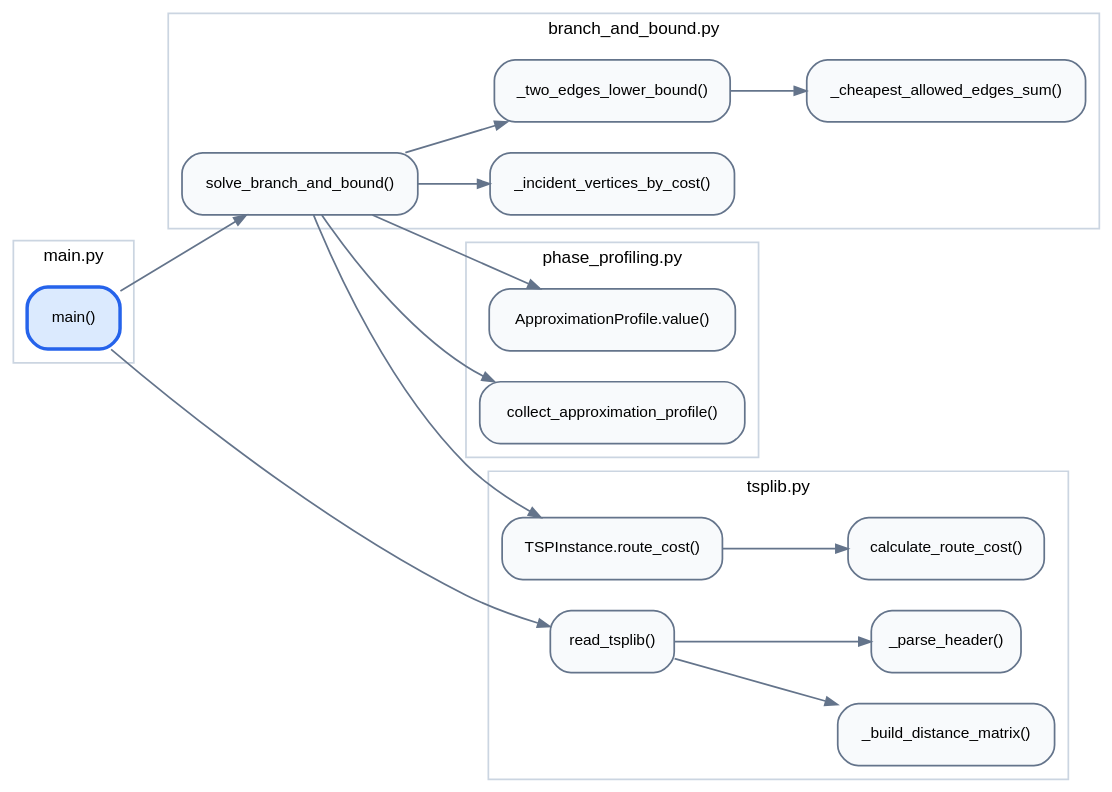
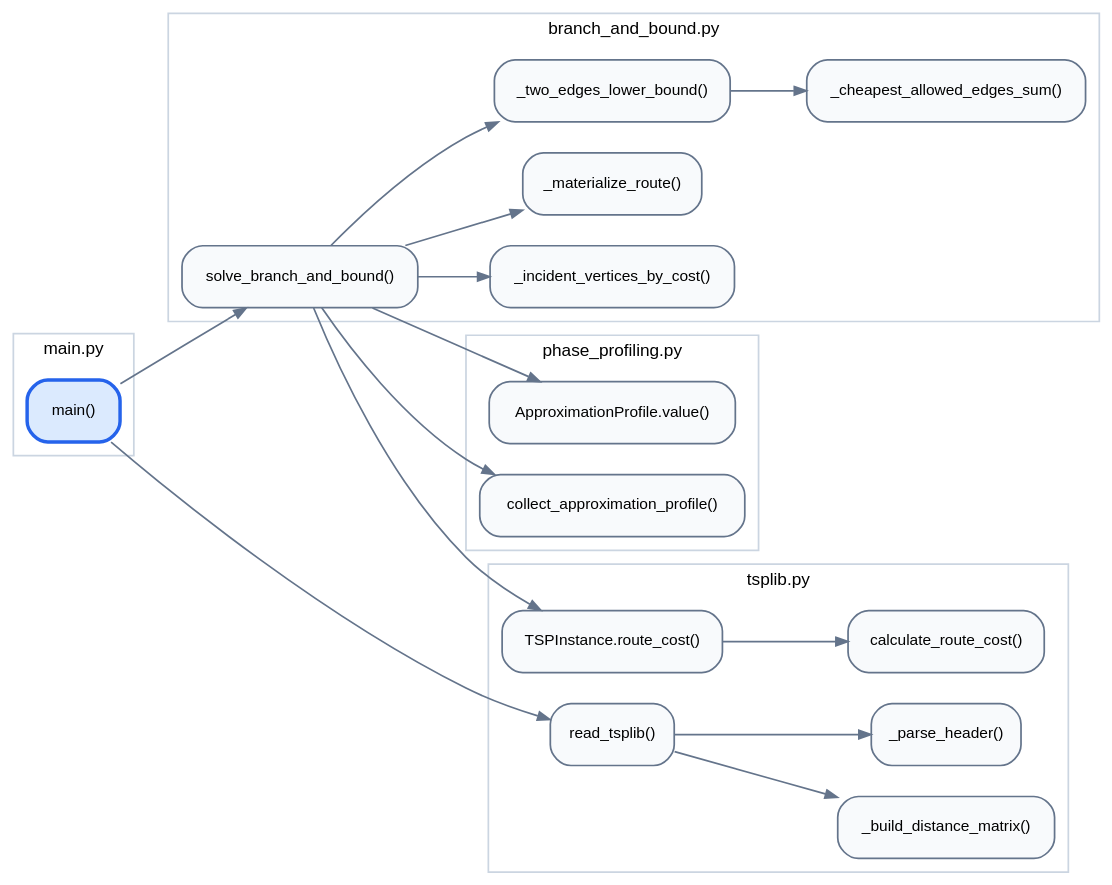
The diagram in docs/diagrams/generated/calls-cli.dot (ChrystianMelo/TravelingSalesmanOptimization), drawn with Graphviz before and after one commit. The commit also changed 32 other files, not shown here.

Commit message:
Expand generated architecture and strategy documentation.

```diff
--- a/docs/diagrams/generated/calls-cli.dot
+++ b/docs/diagrams/generated/calls-cli.dot
@@ -1,54 +1,56 @@
 // Gerado por scripts/generate_diagrams.py a partir da saída do Code2flow.
 digraph calls {
   graph [rankdir=LR, bgcolor="transparent", pad=0.15, nodesep=0.25, ranksep=0.5];
   node [shape=box, style="rounded,filled", fillcolor="#f8fafc",
         color="#64748b", fontname="Helvetica", fontsize=9, margin="0.10,0.06"];
   edge [color="#64748b", arrowsize=0.7];
   subgraph cluster_branch_and_bound {
     label="branch_and_bound.py";
     color="#cbd5e1";
     fontname="Helvetica";
     fontsize=10;
     n0 [label="_cheapest_allowed_edges_sum()"];
     n1 [label="_incident_vertices_by_cost()"];
-    n2 [label="_two_edges_lower_bound()"];
-    n3 [label="solve_branch_and_bound()"];
+    n2 [label="_materialize_route()"];
+    n3 [label="_two_edges_lower_bound()"];
+    n4 [label="solve_branch_and_bound()"];
   }
   subgraph cluster_main {
     label="main.py";
     color="#cbd5e1";
     fontname="Helvetica";
     fontsize=10;
-    n4 [label="main()", fillcolor="#dbeafe", color="#2563eb", penwidth=2];
+    n5 [label="main()", fillcolor="#dbeafe", color="#2563eb", penwidth=2];
   }
   subgraph cluster_phase_profiling {
     label="phase_profiling.py";
     color="#cbd5e1";
     fontname="Helvetica";
     fontsize=10;
-    n5 [label="ApproximationProfile.value()"];
-    n6 [label="collect_approximation_profile()"];
+    n6 [label="ApproximationProfile.value()"];
+    n7 [label="collect_approximation_profile()"];
   }
   subgraph cluster_tsplib {
     label="tsplib.py";
     color="#cbd5e1";
     fontname="Helvetica";
     fontsize=10;
-    n7 [label="TSPInstance.route_cost()"];
-    n8 [label="_build_distance_matrix()"];
-    n9 [label="_parse_header()"];
-    n10 [label="calculate_route_cost()"];
-    n11 [label="read_tsplib()"];
+    n8 [label="TSPInstance.route_cost()"];
+    n9 [label="_build_distance_matrix()"];
+    n10 [label="_parse_header()"];
+    n11 [label="calculate_route_cost()"];
+    n12 [label="read_tsplib()"];
   }
-  n2 -> n0;
-  n3 -> n1;
-  n3 -> n2;
-  n3 -> n5;
-  n3 -> n6;
-  n3 -> n7;
+  n3 -> n0;
+  n4 -> n1;
+  n4 -> n2;
   n4 -> n3;
-  n4 -> n11;
-  n7 -> n10;
-  n11 -> n8;
-  n11 -> n9;
+  n4 -> n6;
+  n4 -> n7;
+  n4 -> n8;
+  n5 -> n4;
+  n5 -> n12;
+  n8 -> n11;
+  n12 -> n9;
+  n12 -> n10;
 }
```
